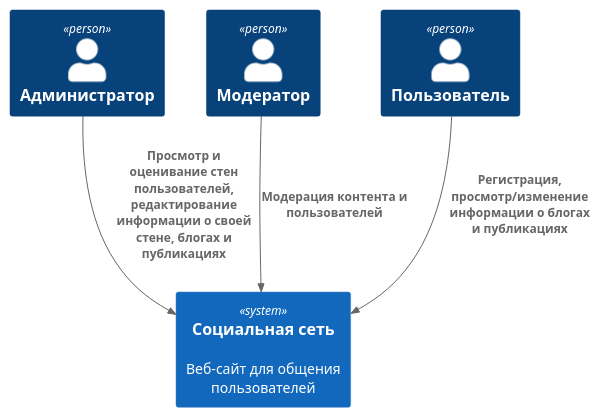
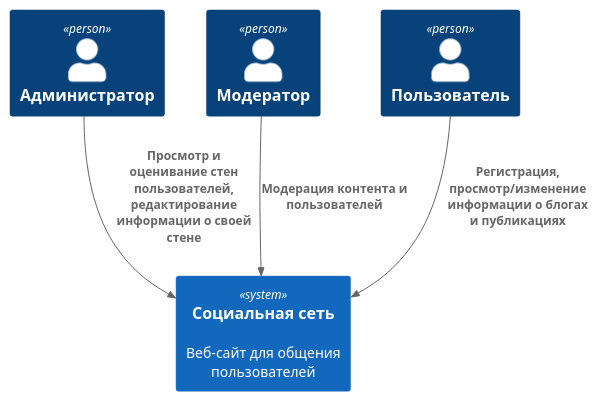
Before and after one commit to B3aRrrr/SoftwareArchitectureMAI_ChernyshevDmitry: the diagram in context.md, drawn with PlantUML. The commit also changed 2 other files, not shown here.

````diff
--- a/context.md
+++ b/context.md
@@ -4,20 +4,20 @@
 ```plantuml
 @startuml
 !include https://raw.githubusercontent.com/plantuml-stdlib/C4-PlantUML/master/C4_Container.puml
 
 Person(admin, "Администратор")
 Person(moderator, "Модератор")
 Person(user, "Пользователь")
 
 System(conference_site, "Социальная сеть", "Веб-сайт для общения пользователей")
 
 
 
-Rel(admin, conference_site, "Просмотр и оценивание стен пользователей, редактирование информации о своей стене, блогах и публикациях")
+Rel(admin, conference_site, "Просмотр и оценивание стен пользователей, редактирование информации о своей стене")
 Rel(moderator, conference_site, "Модерация контента и пользователей")
 Rel(user, conference_site, "Регистрация, просмотр/изменение информации о блогах и публикациях")
 
 
 
 @enduml
 ```
````
